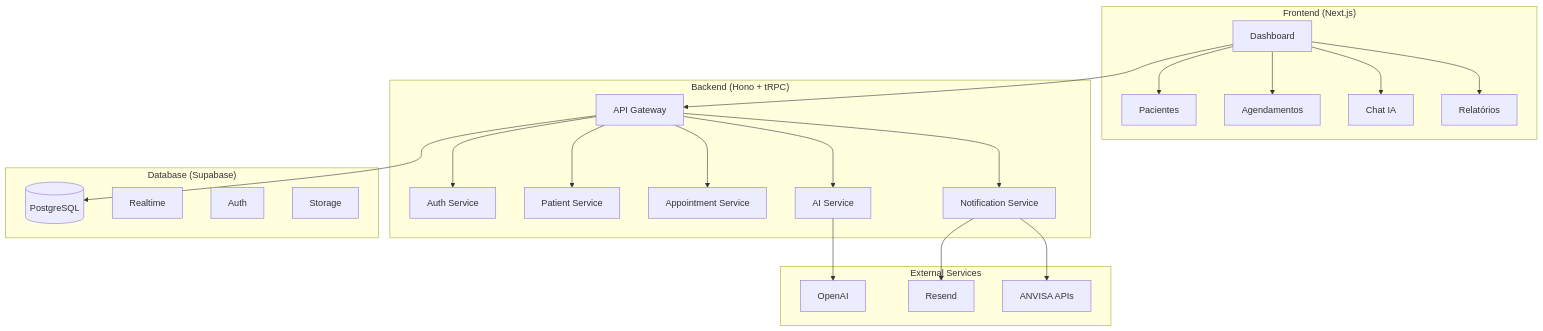
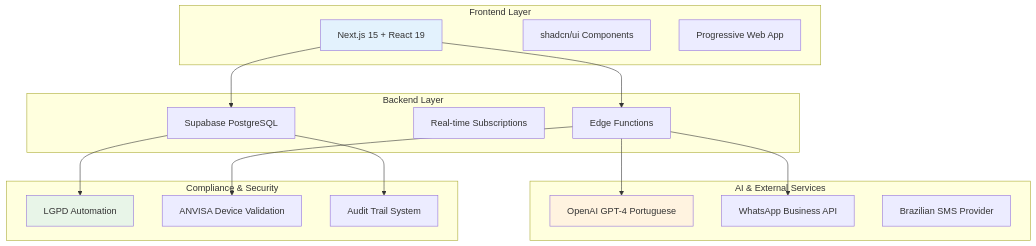
The first of 4 diagrams in docs/architecture.md (GrupoUS/neonpro), drawn with Mermaid before and after one commit. The commit also changed other lines of this file and 250 other files, not shown here.

````diff
--- a/docs/architecture.md
+++ b/docs/architecture.md
@@ -124,36 +23,38 @@
 ```mermaid
 graph TB
-    subgraph "Frontend (Next.js)"
-        A[Dashboard] --> B[Pacientes]
-        A --> C[Agendamentos]
-        A --> D[Chat IA]
-        A --> E[Relatórios]
+    subgraph "Frontend Layer"
+        WEB[Next.js 15 + React 19]
+        UI[shadcn/ui Components]
+        PWA[Progressive Web App]
     end
 
-    subgraph "Backend (Hono + tRPC)"
-        F[API Gateway] --> G[Auth Service]
-        F --> H[Patient Service]
-        F --> I[Appointment Service]
-        F --> J[AI Service]
-        F --> K[Notification Service]
+    subgraph "Backend Layer"
+        SUPABASE[Supabase PostgreSQL]
+        REALTIME[Real-time Subscriptions]
+        EDGE[Edge Functions]
     end
 
-    subgraph "Database (Supabase)"
-        L[(PostgreSQL)]
-        M[Realtime]
-        N[Auth]
-        O[Storage]
+    subgraph "AI & External Services"
+        OPENAI[OpenAI GPT-4 Portuguese]
+        WHATSAPP[WhatsApp Business API]
+        SMS[Brazilian SMS Provider]
     end
 
-    subgraph "External Services"
-        P[OpenAI]
-        Q[Resend]
-        R[ANVISA APIs]
+    subgraph "Compliance & Security"
+        LGPD[LGPD Automation]
+        ANVISA[ANVISA Device Validation]
+        AUDIT[Audit Trail System]
     end
 
-    A --> F
-    F --> L
-    J --> P
-    K --> Q
-    K --> R
+    WEB --> SUPABASE
+    WEB --> EDGE
+    EDGE --> OPENAI
+    EDGE --> WHATSAPP
+    SUPABASE --> LGPD
+    SUPABASE --> AUDIT
+    EDGE --> ANVISA
+
+    style WEB fill:#e3f2fd
+    style OPENAI fill:#fff3e0
+    style LGPD fill:#e8f5e8
 ```
````
